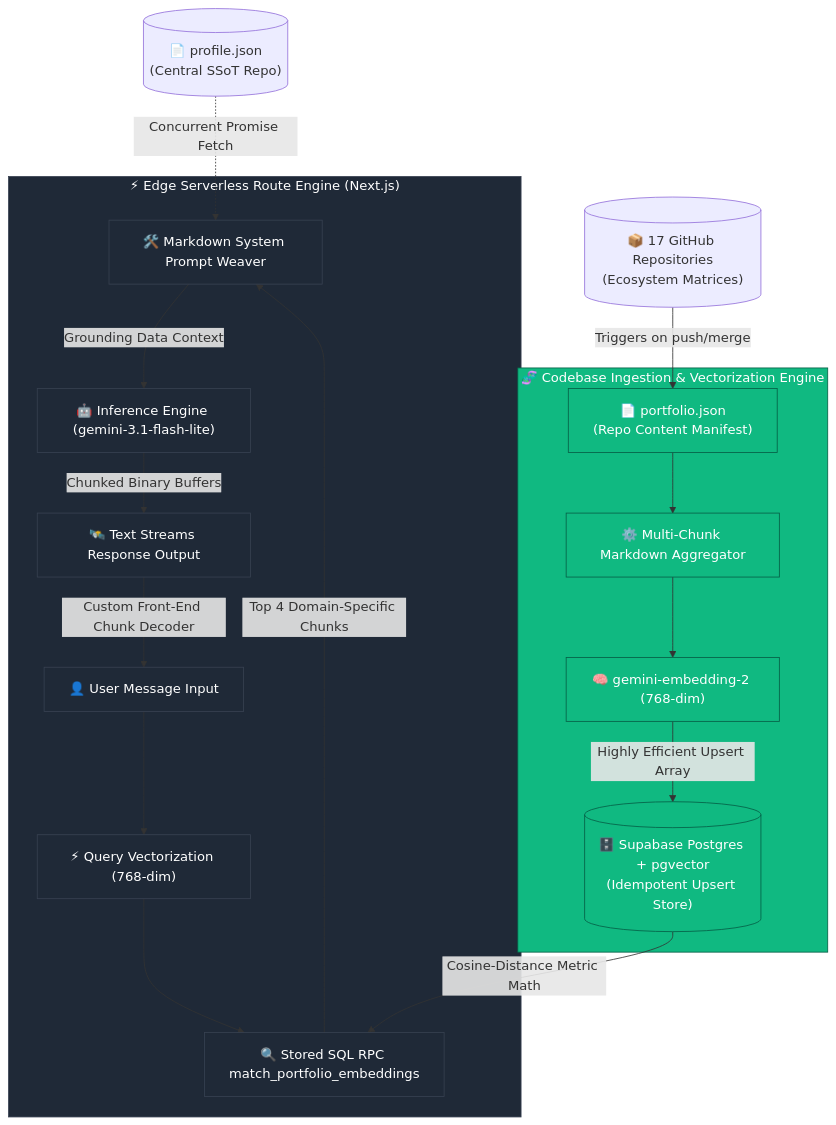
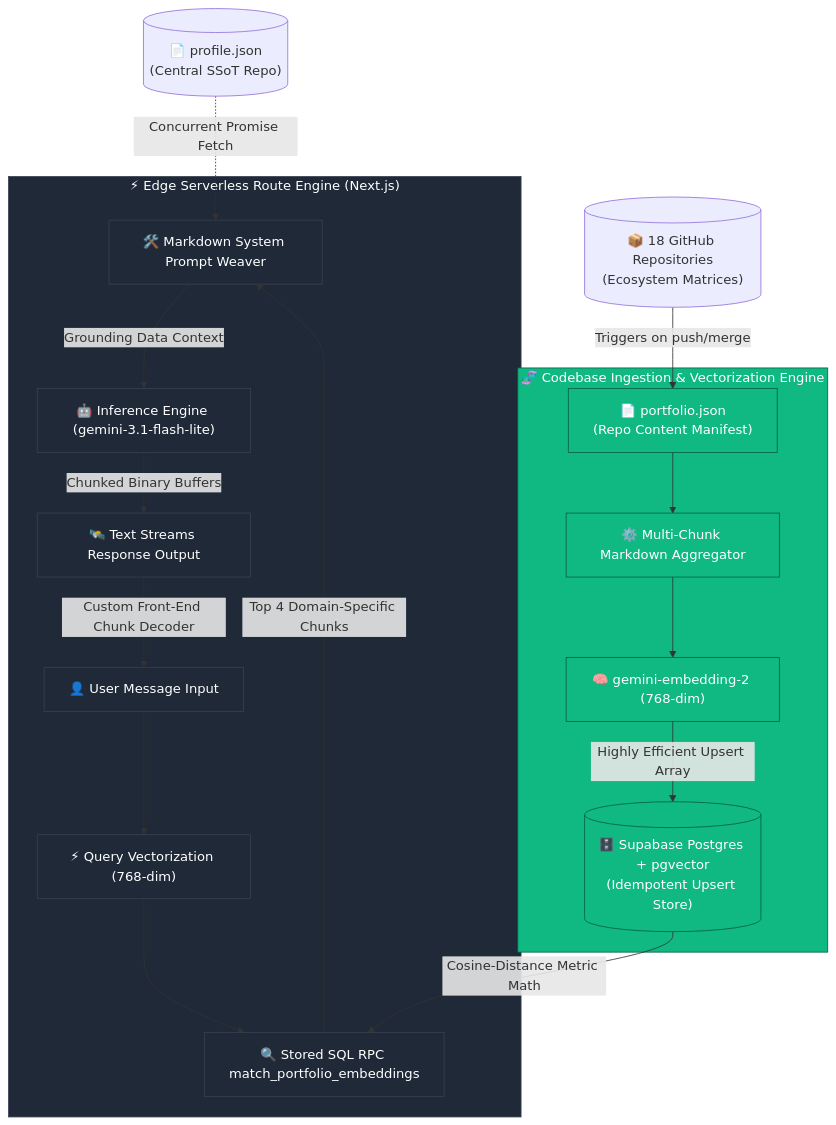
Before and after one commit to HoodieYlya13/ylya-bot: the diagram in README.md, drawn with Mermaid.

Commit message:
chore: auto-update README.md repo count [skip ci]

````diff
--- a/README.md
+++ b/README.md
@@ -25,47 +25,47 @@
 ```mermaid
 flowchart TD
     %% Core Inputs
     ProfileJSON[("📄 profile.json<br>(Central SSoT Repo)")]
-    Repos[("📦 17 GitHub Repositories<br>(Ecosystem Matrices)")]
+    Repos[("📦 18 GitHub Repositories<br>(Ecosystem Matrices)")]
 
     %% Ingestion Pipeline
     subgraph IngestionPipeline ["🧬 Codebase Ingestion & Vectorization Engine"]
         PortJSON["📄 portfolio.json<br>(Repo Content Manifest)"]
         Parser["⚙️ Multi-Chunk Markdown Aggregator"]
         Embedder["🧠 gemini-embedding-2 (768-dim)"]
         VectorDB[("🗄️ Supabase Postgres + pgvector<br>(Idempotent Upsert Store)")]
     end
 
     %% Runtime Query Flow
     subgraph Runtime ["⚡ Edge Serverless Route Engine (Next.js)"]
         UserQuery["👤 User Message Input"]
         QueryEmbed["⚡ Query Vectorization (768-dim)"]
         SemanticSearch["🔍 Stored SQL RPC match_portfolio_embeddings"]
         SysPrompt["🛠️ Markdown System Prompt Weaver"]
         LLM["🤖 Inference Engine (gemini-3.1-flash-lite)"]
         StreamResponse["🛰️ Text Streams Response Output"]
     end
 
     %% Flow Connections
     ProfileJSON -.->|Concurrent Promise Fetch| SysPrompt
     Repos -->|Triggers on push/merge| PortJSON
     PortJSON --> Parser
     Parser --> Embedder
     Embedder -->|Highly Efficient Upsert Array| VectorDB
 
     UserQuery --> QueryEmbed
     QueryEmbed --> SemanticSearch
     VectorDB -->|Cosine-Distance Metric Math| SemanticSearch
     SemanticSearch -->|Top 4 Domain-Specific Chunks| SysPrompt
     SysPrompt -->|Grounding Data Context| LLM
     LLM -->|Chunked Binary Buffers| StreamResponse
     StreamResponse -->|Custom Front-End Chunk Decoder| UserQuery
 
     %% Styling
     classDef main fill:#6366f1,stroke:#312e81,stroke-width:2px,color:#fff;
     classDef runtime fill:#1f2937,stroke:#374151,stroke-width:1px,color:#fff;
     classDef ingest fill:#10b981,stroke:#065f46,stroke-width:1px,color:#fff;
     class SSoT main;
     class IngestionPipeline,PortJSON,Parser,Embedder,VectorDB ingest;
     class Runtime,UserQuery,QueryEmbed,SemanticSearch,SysPrompt,LLM,StreamResponse runtime;
 ```
````
